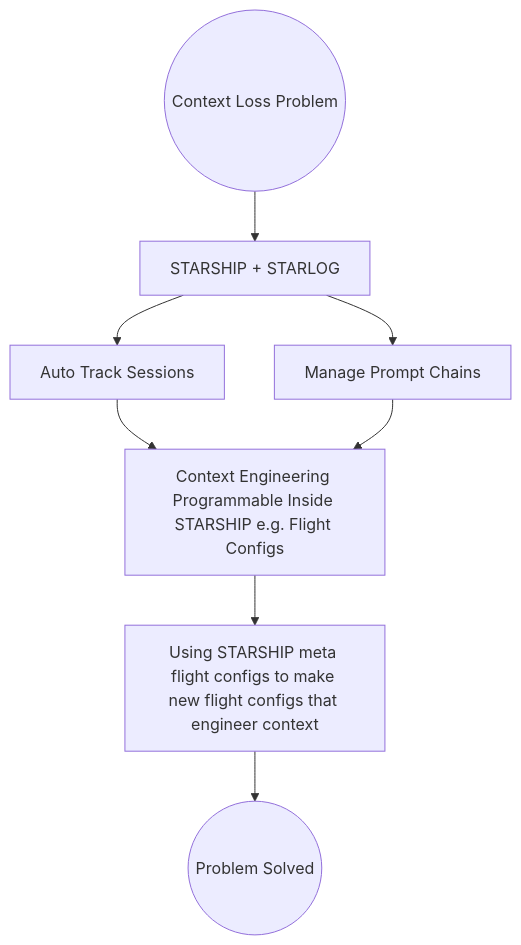
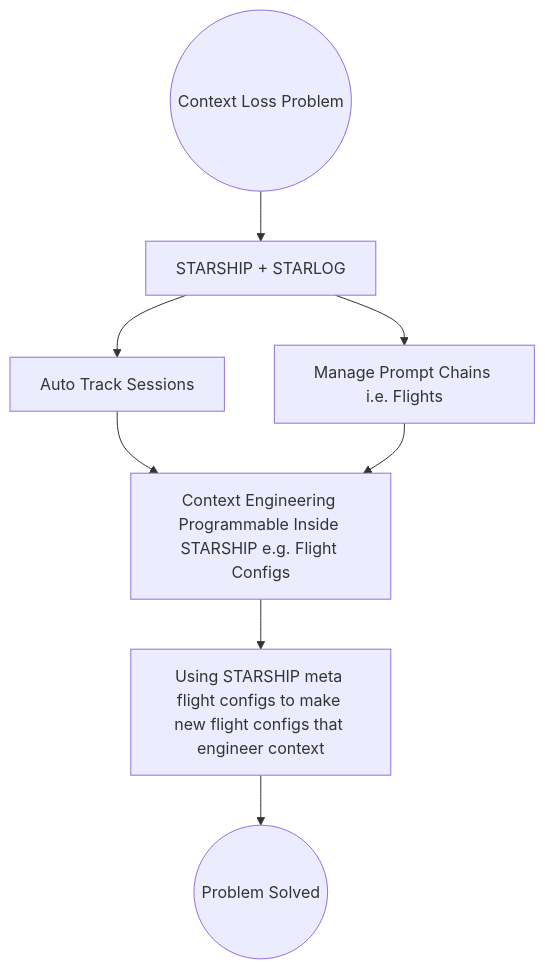
The diagram in docs/diagrams/3_problem_starship_solves.mermaid (sancovp/starship-mcp), drawn with Mermaid before and after one commit.

```diff
--- a/docs/diagrams/3_problem_starship_solves.mermaid
+++ b/docs/diagrams/3_problem_starship_solves.mermaid
@@ -1,10 +1,10 @@
 flowchart TD
     n2 --> B[STARSHIP + STARLOG]
     B --> C[Auto Track Sessions]
-    B --> D[Manage Prompt Chains]
+    B --> D[Manage Prompt Chains i.e. Flights]
     C --> E[Context Engineering Programmable Inside STARSHIP e.g. Flight Configs]
     D --> E
     E --> F[Using STARSHIP meta flight configs to make new flight configs that engineer context]
     F --> n1
     n1@{ shape: "circle", label: "Problem Solved" }
     n2@{ shape: "circle", label: "Context Loss Problem" }
```
